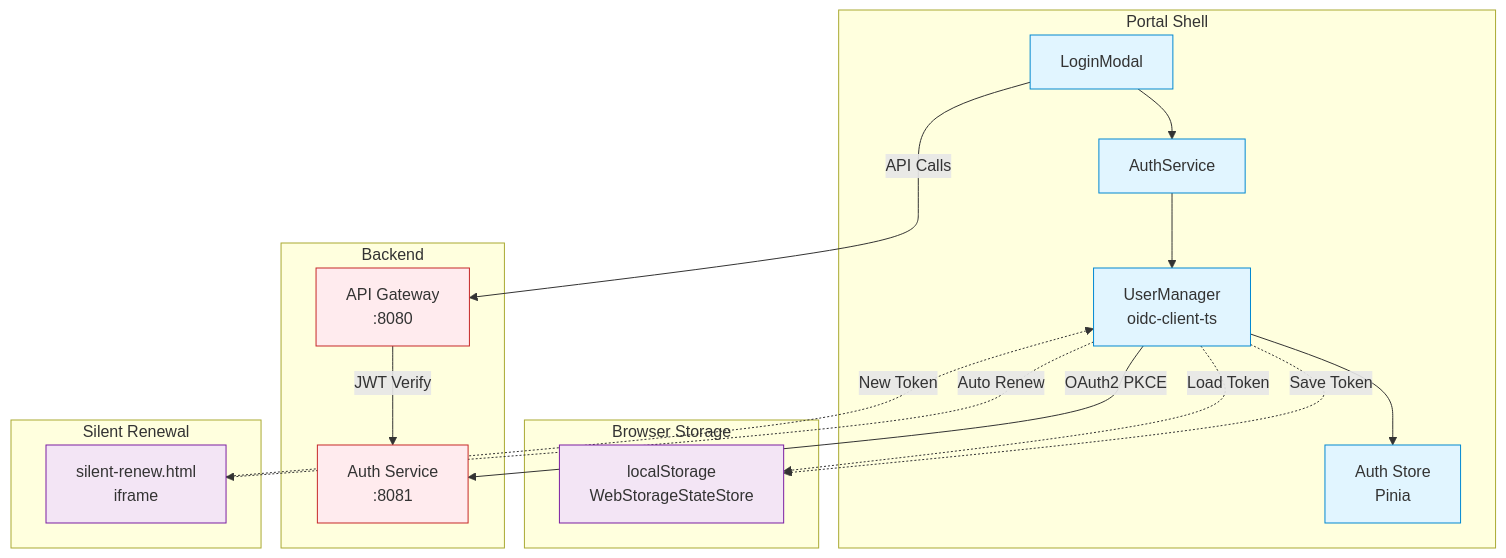
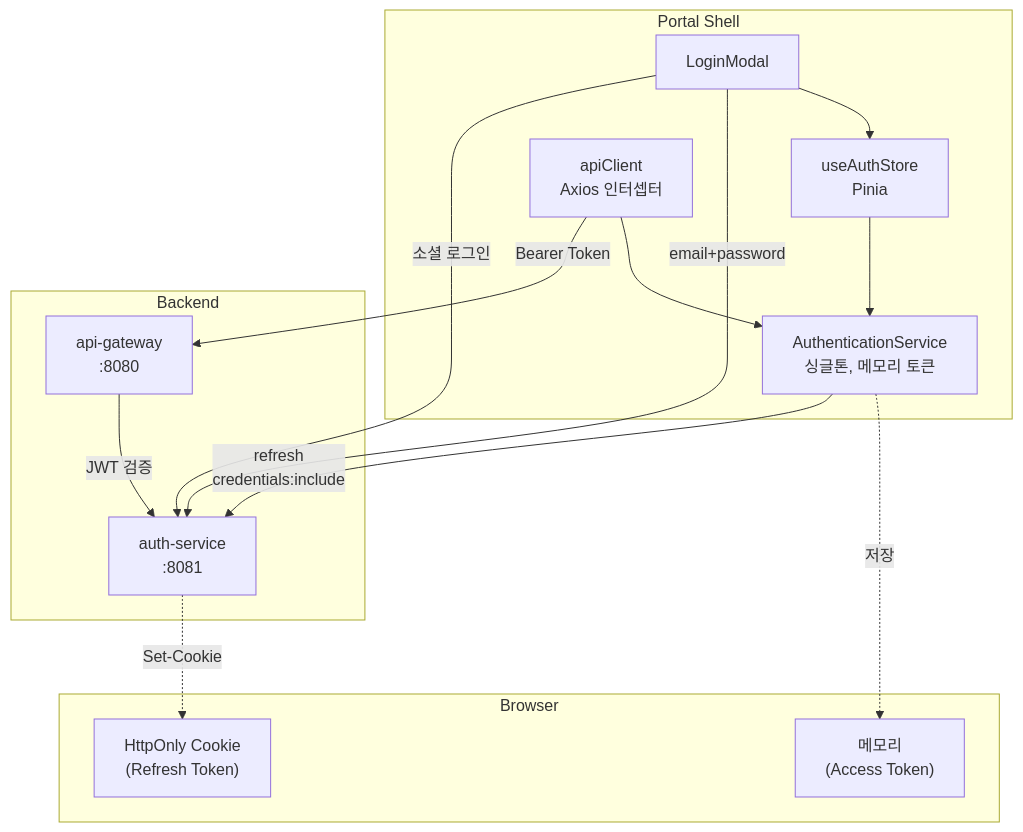
Before and after one commit to L-a-z-e/portal-universe: the first of 3 diagrams in docs/architecture/portal-shell/authentication.md, drawn with Mermaid. The commit also changed other lines of this file and 5 other files, not shown here.

First line of the commit message:
docs(architecture): rewrite portal-shell docs to match actual codebase

````diff
--- a/docs/architecture/portal-shell/authentication.md
+++ b/docs/architecture/portal-shell/authentication.md
@@ -38,43 +32,32 @@
 ```mermaid
 graph TB
     subgraph "Portal Shell"
-        UI[LoginModal]
-        AS[AuthService]
-        UM[UserManager<br/>oidc-client-ts]
-        STORE[Auth Store<br/>Pinia]
+        LM[LoginModal]
+        AS[AuthenticationService<br/>싱글톤, 메모리 토큰]
+        STORE[useAuthStore<br/>Pinia]
+        API[apiClient<br/>Axios 인터셉터]
 
-        UI --> AS
-        AS --> UM
-        UM --> STORE
+        LM --> STORE
+        STORE --> AS
+        API --> AS
     end
 
-    subgraph "Browser Storage"
-        LS[localStorage<br/>WebStorageStateStore]
-
-        UM -.->|Save Token| LS
-        UM -.->|Load Token| LS
+    subgraph "Browser"
+        MEM["메모리<br/>(Access Token)"]
+        COOKIE["HttpOnly Cookie<br/>(Refresh Token)"]
     end
 
     subgraph "Backend"
-        AUTH[Auth Service<br/>:8081]
-        GW[API Gateway<br/>:8080]
-
-        UM -->|OAuth2 PKCE| AUTH
-        UI -->|API Calls| GW
-        GW -->|JWT Verify| AUTH
+        AUTH[auth-service<br/>:8081]
+        GW[api-gateway<br/>:8080]
     end
 
-    subgraph "Silent Renewal"
-        IFRAME[silent-renew.html<br/>iframe]
-        UM -.->|Auto Renew| IFRAME
-        IFRAME -.->|New Token| UM
-    end
+    AS -.->|저장| MEM
+    AUTH -.->|Set-Cookie| COOKIE
 
-    classDef client fill:#e1f5ff,stroke:#0288d1
-    classDef backend fill:#ffebee,stroke:#c62828
-    classDef storage fill:#f3e5f5,stroke:#7b1fa2
-
-    class UI,AS,UM,STORE client
-    class AUTH,GW backend
-    class LS,IFRAME storage
+    LM -->|email+password| AUTH
+    LM -->|소셜 로그인| AUTH
+    API -->|Bearer Token| GW
+    GW -->|JWT 검증| AUTH
+    AS -->|refresh<br/>credentials:include| AUTH
 ```
````
